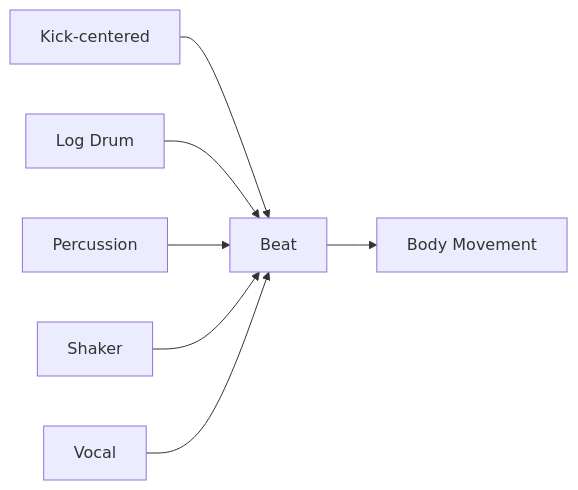
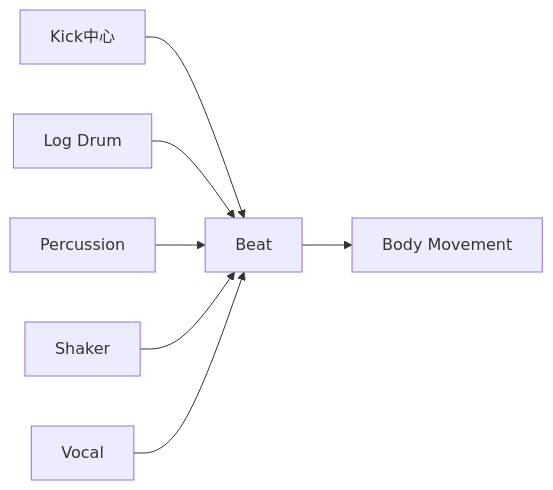
Before and after one commit to monumental-movement/monumental-movement.github.io: the sixth of 6 diagrams in en/_posts/2026-08-14-column-amapiano-no-need-drop.md, drawn with Mermaid. The commit also changed other lines of this file and 2196 other files, not shown here.

```diff
--- a/en/_posts/2026-08-14-column-amapiano-no-need-drop.md
+++ b/en/_posts/2026-08-14-column-amapiano-no-need-drop.md
@@ -625,9 +624,9 @@
 <div class="mermaid">
 flowchart LR
-A[Kick-centered] --> B[Beat]
+A[Kick中心] --> B[Beat]
 C[Log Drum] --> B
 D[Percussion] --> B
 E[Shaker] --> B
 F[Vocal] --> B
 B --> G[Body Movement]
 </div>
```
